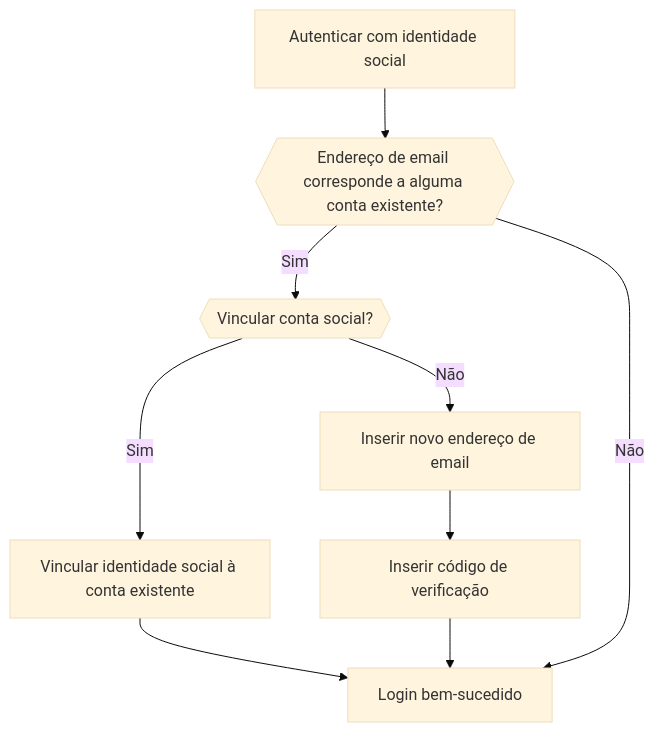
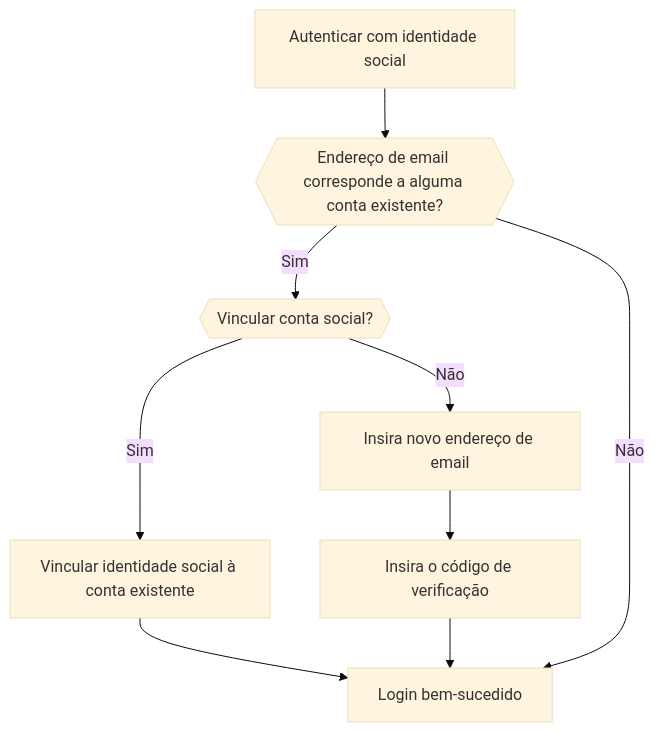
One commit to logto-io/docs changed the fifth of 5 diagrams in i18n/pt-BR/docusaurus-plugin-content-docs/current/end-user-flows/sign-up-and-sign-in/social-sign-in.mdx. Above: the diagram before and after it, drawn with Mermaid (base theme). The commit also changed other lines of this file and 428 other files, not shown here.

````diff
--- a/i18n/pt-BR/docusaurus-plugin-content-docs/current/end-user-flows/sign-up-and-sign-in/social-sign-in.mdx
+++ b/i18n/pt-BR/docusaurus-plugin-content-docs/current/end-user-flows/sign-up-and-sign-in/social-sign-in.mdx
@@ -146,11 +149,11 @@
    ```mermaid
       flowchart TD
        A[Autenticar com identidade social] --> B{{Endereço de email corresponde a alguma conta existente?}}
        B -- Sim --> C{{Vincular conta social?}}
        C -- Sim --> D[Vincular identidade social à conta existente]
        D --> E[Login bem-sucedido]
-       C -- Não --> F[Inserir novo endereço de email]
-       F --> G[Inserir código de verificação]
+       C -- Não --> F[Insira novo endereço de email]
+       F --> G[Insira o código de verificação]
        G --> E
        B -- Não --> E
    ```
````
